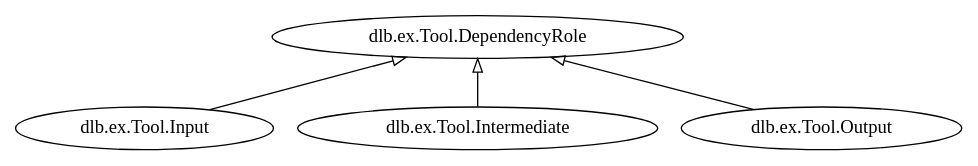
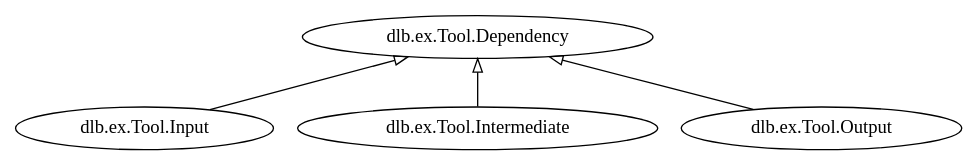
Before and after one commit to dlu-ch/dlb: the first of 2 diagrams in doc/ex_tool.rst, drawn with Graphviz. The commit also changed other lines of this file and 3 other files, not shown here.

First line of the commit message:
Add new dlb.ex.tool2.dependency.Dependency

```diff
--- a/doc/ex_tool.rst
+++ b/doc/ex_tool.rst
@@ -101,11 +133,11 @@
 .. graphviz::
 
    digraph foo {
        graph [rankdir=BT];
        node [height=0.25];
        edge [arrowhead=empty];
 
-       "dlb.ex.Tool.Input" -> "dlb.ex.Tool.DependencyRole";
-       "dlb.ex.Tool.Intermediate" -> "dlb.ex.Tool.DependencyRole";
-       "dlb.ex.Tool.Output" -> "dlb.ex.Tool.DependencyRole";
+       "dlb.ex.Tool.Input" -> "dlb.ex.Tool.Dependency";
+       "dlb.ex.Tool.Intermediate" -> "dlb.ex.Tool.Dependency";
+       "dlb.ex.Tool.Output" -> "dlb.ex.Tool.Dependency";
    }
```
